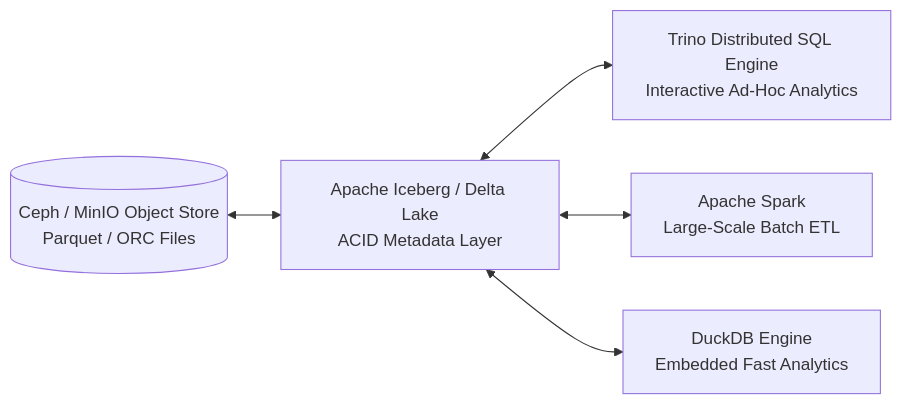
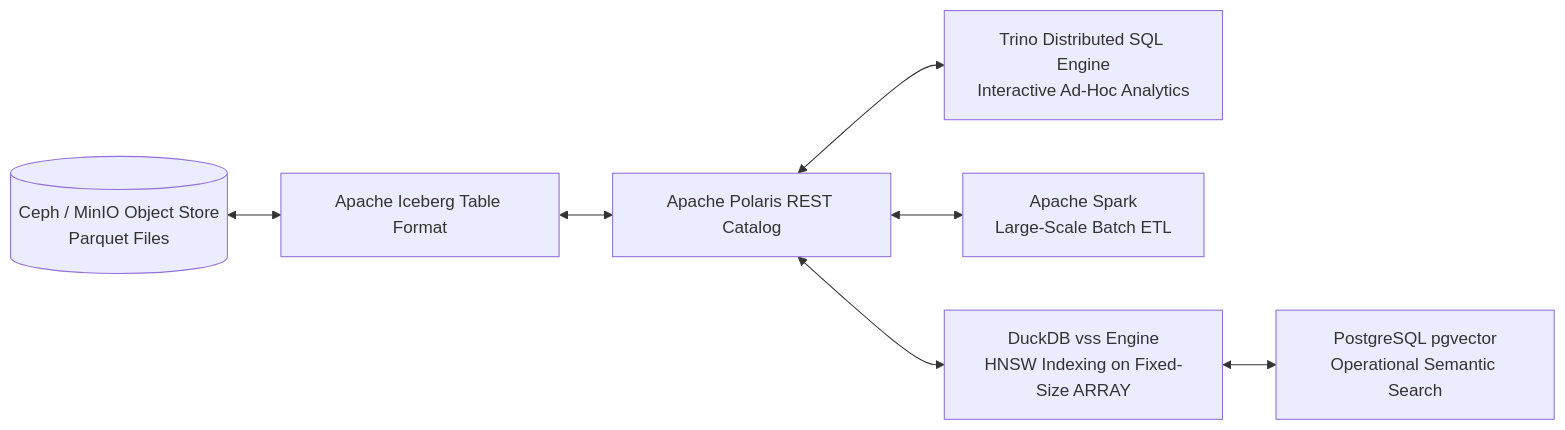
The diagram in openwiki/software/engines-and-storage.md (linuxmalaysia/bda-ai-infra), drawn with Mermaid before and after one commit. The commit also changed other lines of this file and 16 other files, not shown here.

````diff
--- a/openwiki/software/engines-and-storage.md
+++ b/openwiki/software/engines-and-storage.md
@@ -15,7 +15,9 @@
 ```mermaid
 flowchart LR
-    S3Storage[("Ceph / MinIO Object Store<br/>Parquet / ORC Files")] <--> TableFormat["Apache Iceberg / Delta Lake<br/>ACID Metadata Layer"]
-    TableFormat <--> TrinoEngine["Trino Distributed SQL Engine<br/>Interactive Ad-Hoc Analytics"]
-    TableFormat <--> SparkEngine["Apache Spark<br/>Large-Scale Batch ETL"]
-    TableFormat <--> DuckDBEngine["DuckDB Engine<br/>Embedded Fast Analytics"]
+    S3Storage[("Ceph / MinIO Object Store<br/>Parquet Files")] <--> Iceberg["Apache Iceberg Table Format"]
+    Iceberg <--> Polaris["Apache Polaris REST Catalog"]
+    Polaris <--> TrinoEngine["Trino Distributed SQL Engine<br/>Interactive Ad-Hoc Analytics"]
+    Polaris <--> SparkEngine["Apache Spark<br/>Large-Scale Batch ETL"]
+    Polaris <--> DuckDBEngine["DuckDB vss Engine<br/>HNSW Indexing on Fixed-Size ARRAY"]
+    DuckDBEngine <--> PgVectorEngine["PostgreSQL pgvector<br/>Operational Semantic Search"]
 ```
````
